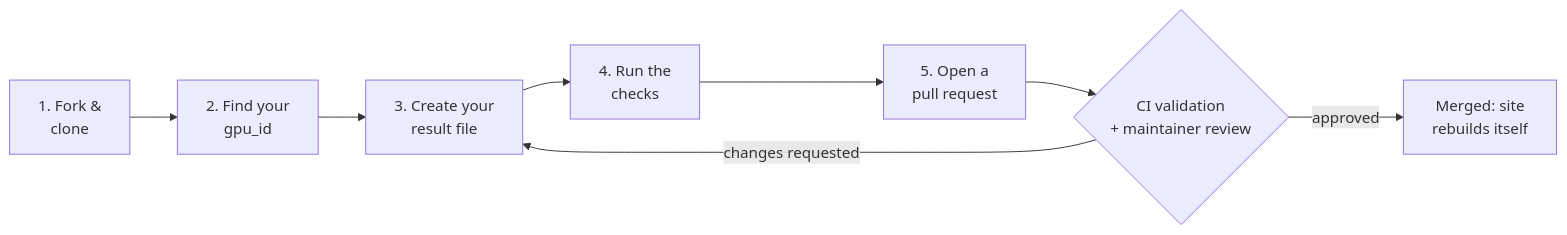
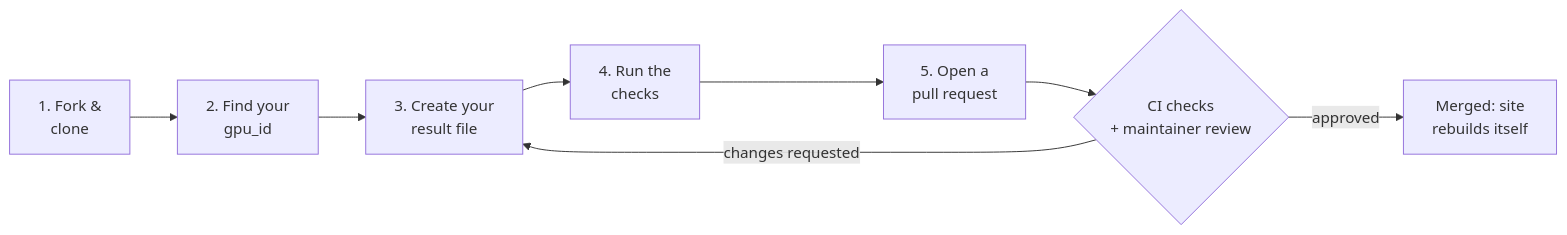
Before and after one commit to MattyStacks/open-gpu-benchmarks: the diagram in CONTRIBUTING.md, drawn with Mermaid. The commit also changed other lines of this file and 92 other files, not shown here.

````diff
--- a/CONTRIBUTING.md
+++ b/CONTRIBUTING.md
@@ -18,10 +19,10 @@
 ```mermaid
 flowchart LR
     A["1. Fork &<br/>clone"] --> B["2. Find your<br/>gpu_id"]
     B --> C["3. Create your<br/>result file"]
     C --> D["4. Run the<br/>checks"]
     D --> E["5. Open a<br/>pull request"]
-    E --> F{"CI validation<br/>+ maintainer review"}
+    E --> F{"CI checks<br/>+ maintainer review"}
     F -- "changes requested" --> C
     F -- "approved" --> G["Merged: site<br/>rebuilds itself"]
 ```
````
